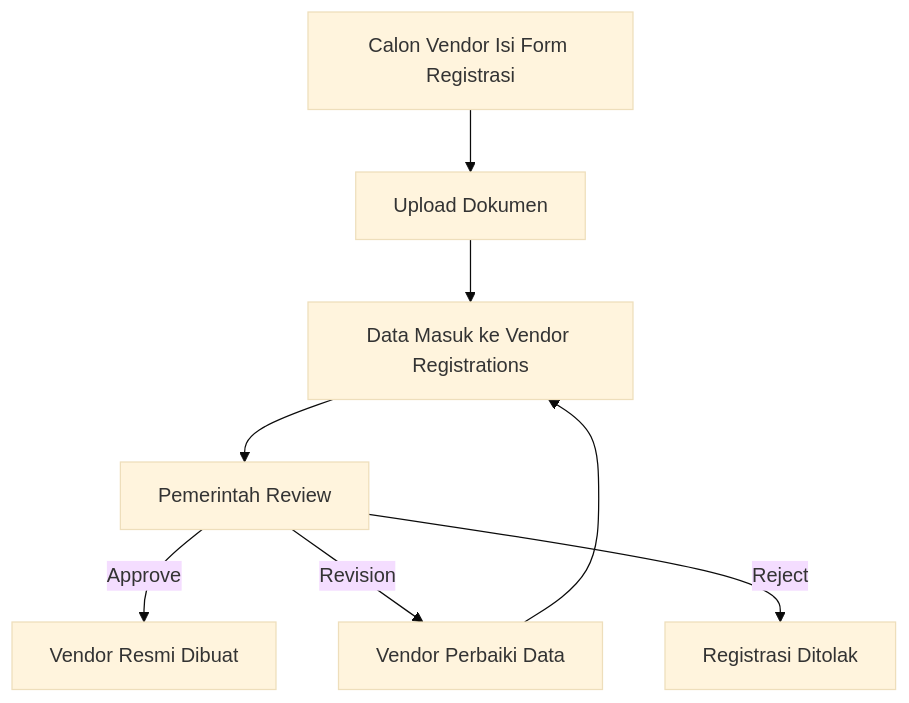
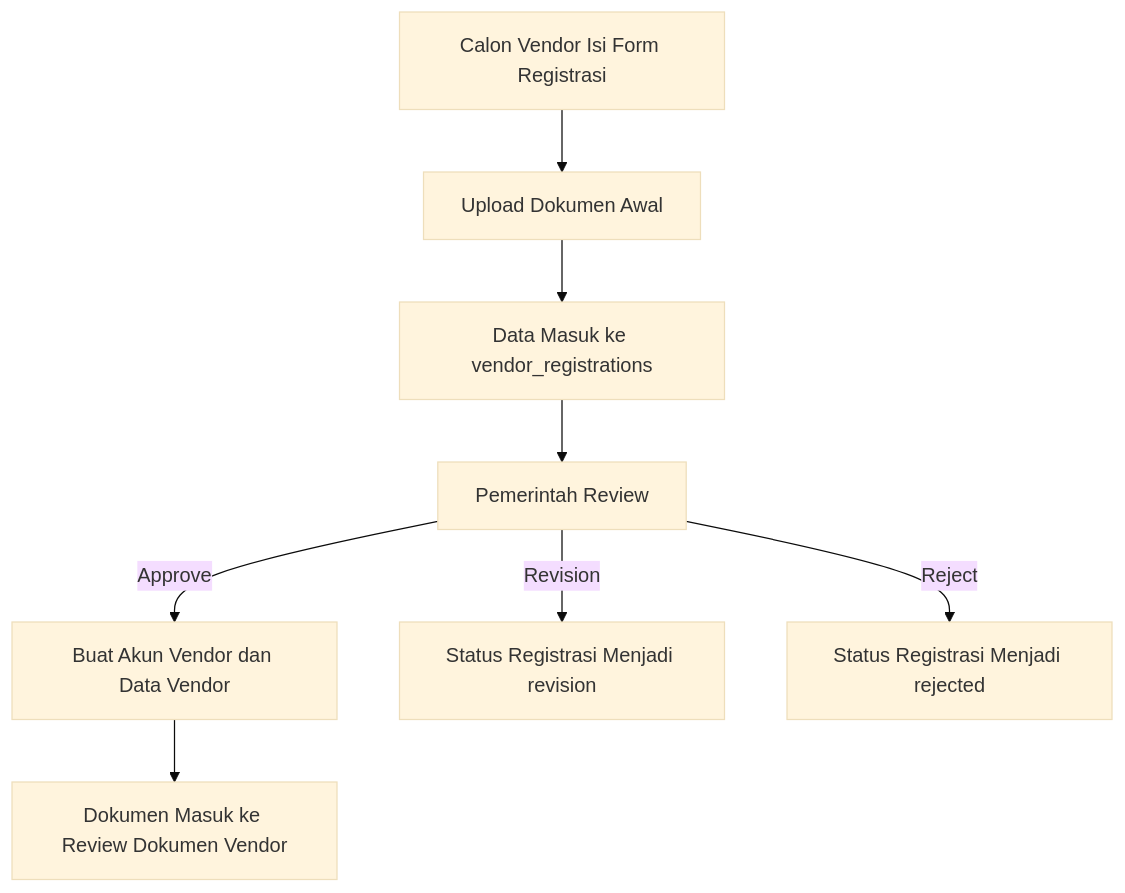
One commit to kaharmc226/Admin-MasBahlilGanteng changed the second of 3 diagrams in project-documentation/03-flowmap.md. Above: the diagram before and after it, drawn with Mermaid (base theme). The commit also changed other lines of this file and 8 other files, not shown here.

````diff
--- a/project-documentation/03-flowmap.md
+++ b/project-documentation/03-flowmap.md
@@ -31,10 +32,10 @@
 ```mermaid
 flowchart TD
-    A[Calon Vendor Isi Form Registrasi] --> B[Upload Dokumen]
-    B --> C[Data Masuk ke Vendor Registrations]
+    A[Calon Vendor Isi Form Registrasi] --> B[Upload Dokumen Awal]
+    B --> C[Data Masuk ke vendor_registrations]
     C --> D[Pemerintah Review]
-    D -->|Approve| E[Vendor Resmi Dibuat]
-    D -->|Revision| F[Vendor Perbaiki Data]
-    D -->|Reject| G[Registrasi Ditolak]
-    F --> C
+    D -->|Approve| E[Buat Akun Vendor dan Data Vendor]
+    E --> F[Dokumen Masuk ke Review Dokumen Vendor]
+    D -->|Revision| G[Status Registrasi Menjadi revision]
+    D -->|Reject| H[Status Registrasi Menjadi rejected]
 ```
````
